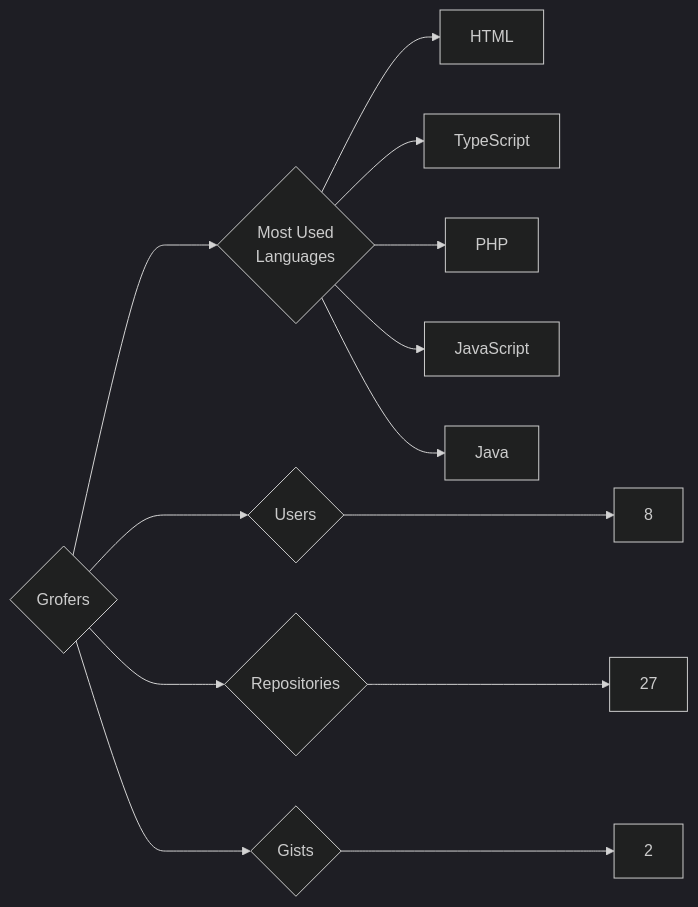
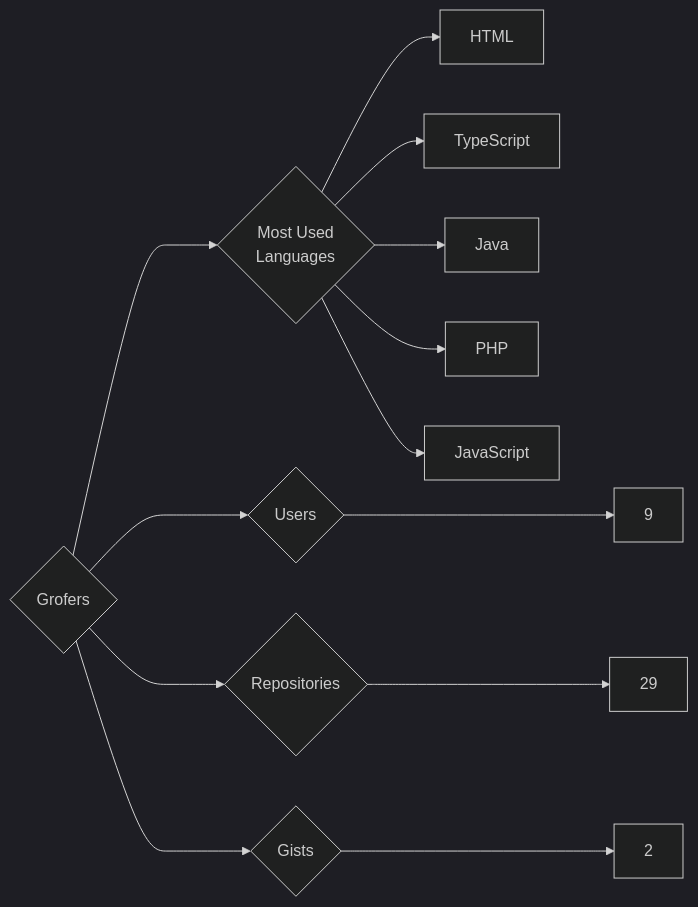
Before and after one commit to trickest/insiders: the diagram in targets/Grofers/README.md, drawn with Mermaid (dark theme). The commit also changed 942 other files, not shown here.

````diff
--- a/targets/Grofers/README.md
+++ b/targets/Grofers/README.md
@@ -3,13 +3,13 @@
 ```mermaid
 graph LR
 COMPANY_NAME{Grofers}
-COMPANY_NAME ---> U{Users} ---> UN[8]
-COMPANY_NAME ---> R{Repositories} ---> RN[27]
+COMPANY_NAME ---> U{Users} ---> UN[9]
+COMPANY_NAME ---> R{Repositories} ---> RN[29]
 COMPANY_NAME ---> G{Gists} ---> GN[2]
 COMPANY_NAME ---> ML{Most Used<br>Languages}
 ML --> HTML[HTML]
 ML --> TypeScript[TypeScript]
+ML --> Java[Java]
 ML --> PHP[PHP]
 ML --> JavaScript[JavaScript]
-ML --> Java[Java]
 ```
````
